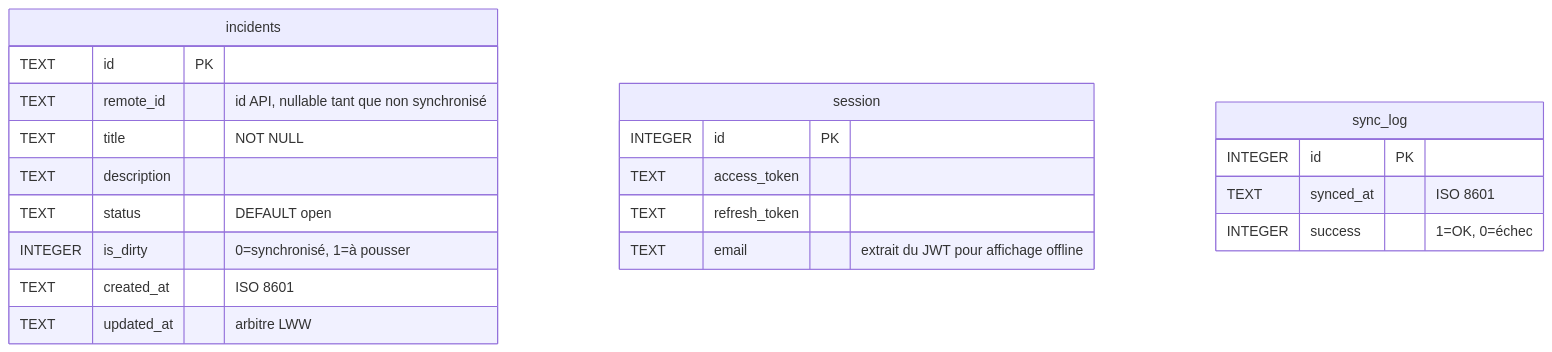
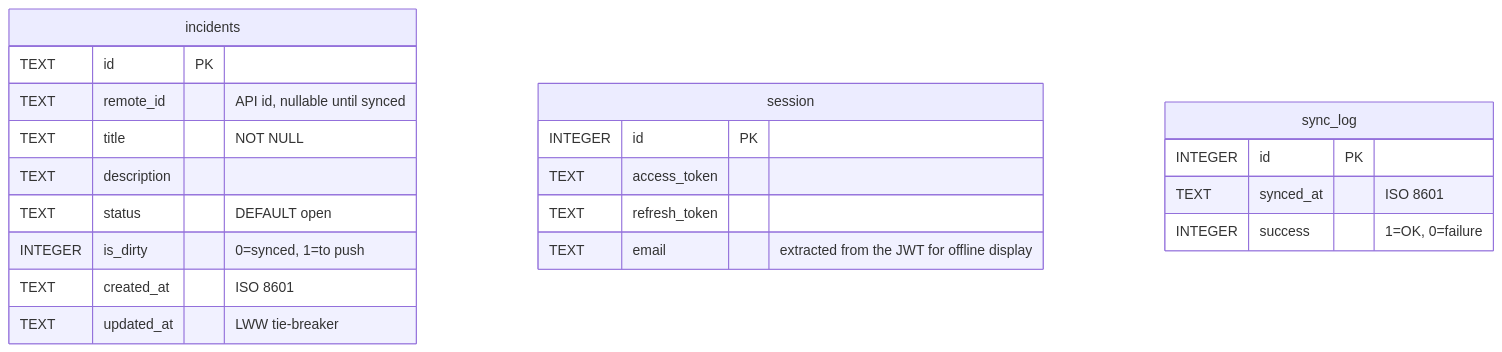
Before and after one commit to creibaud/QuartierConnect: diagram 11 of 20 in docs/RAPPORT-ETAPE3.md, drawn with Mermaid. The commit also changed other lines of this file and 155 other files, not shown here.

````diff
--- a/docs/RAPPORT-ETAPE3.md
+++ b/docs/RAPPORT-ETAPE3.md
@@ -426,26 +426,26 @@
 ```mermaid
 erDiagram
     incidents {
         TEXT    id          PK
-        TEXT    remote_id   "id API, nullable tant que non synchronisé"
+        TEXT    remote_id   "API id, nullable until synced"
         TEXT    title       "NOT NULL"
         TEXT    description
         TEXT    status      "DEFAULT open"
-        INTEGER is_dirty    "0=synchronisé, 1=à pousser"
+        INTEGER is_dirty    "0=synced, 1=to push"
         TEXT    created_at  "ISO 8601"
-        TEXT    updated_at  "arbitre LWW"
+        TEXT    updated_at  "LWW tie-breaker"
     }
 
     session {
         INTEGER id            PK
         TEXT    access_token
         TEXT    refresh_token
-        TEXT    email         "extrait du JWT pour affichage offline"
+        TEXT    email         "extracted from the JWT for offline display"
     }
 
     sync_log {
         INTEGER id        PK
         TEXT    synced_at "ISO 8601"
-        INTEGER success   "1=OK, 0=échec"
+        INTEGER success   "1=OK, 0=failure"
     }
 ```
````
